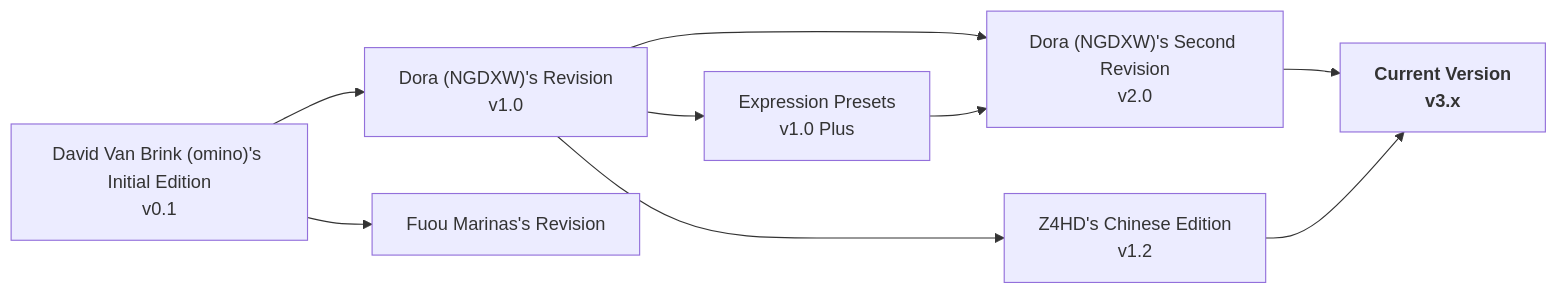
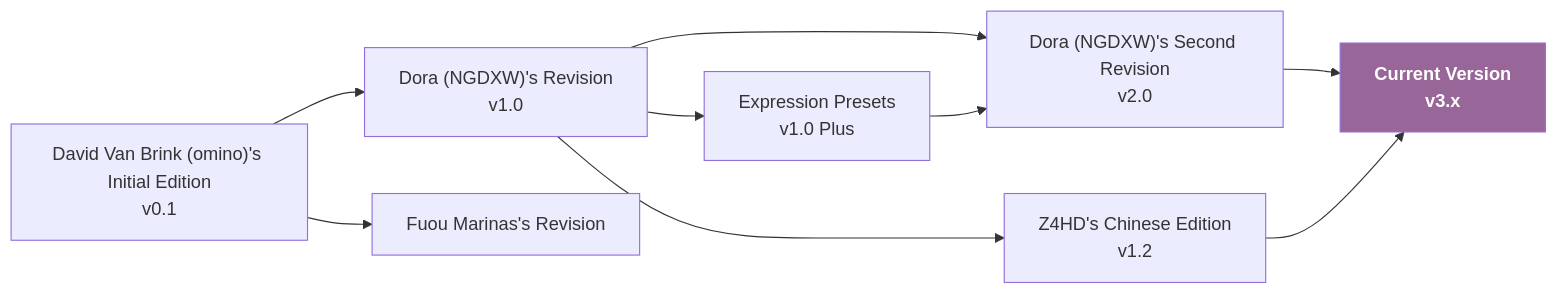
Before and after one commit to otomad/om_midi: the diagram in README.md, drawn with Mermaid. The commit also changed 4 other files, not shown here.

Commit message:
docs: update mermaid style

````diff
--- a/README.md
+++ b/README.md
@@ -85,33 +85,33 @@
 ```mermaid
 flowchart LR
-    %% Definitions
-    DVB-IE["David Van Brink (omino)'s Initial Edition<br>v0.1"]
-    Dora-R["Dora (NGDXW)'s Revision<br>v1.0"]
-    EP["Expression Presets<br>v1.0 Plus"]
-    Z4HD-CE["Z4HD's Chinese Edition<br>v1.2"]
-    Dora-R2["Dora (NGDXW)'s Second Revision<br>v2.0"]
-    CV["Current Version<br>v3.x"]:::current
-    FM-R["Fuou Marinas's Revision"]
+	%% Definitions
+	DVB-IE["David Van Brink (omino)'s Initial Edition<br>v0.1"]
+	Dora-R["Dora (NGDXW)'s Revision<br>v1.0"]
+	EP["Expression Presets<br>v1.0 Plus"]
+	Z4HD-CE["Z4HD's Chinese Edition<br>v1.2"]
+	Dora-R2["Dora (NGDXW)'s Second Revision<br>v2.0"]
+	CV["Current Version<br>v3.x"]:::current
+	FM-R["Fuou Marinas's Revision"]
 
-    %% Connections
-    DVB-IE --> Dora-R
-    Dora-R --> EP
-    Dora-R --> Z4HD-CE
-    Dora-R --> Dora-R2
-    EP --> Dora-R2
-    Dora-R2 --> CV
-    Z4HD-CE --> CV
-    DVB-IE --> FM-R
+	%% Connections
+	DVB-IE --> Dora-R
+	Dora-R --> EP
+	Dora-R --> Z4HD-CE
+	Dora-R --> Dora-R2
+	EP --> Dora-R2
+	Dora-R2 --> CV
+	Z4HD-CE --> CV
+	DVB-IE --> FM-R
 
-    %% Class definitions
-    classDef current font-weight:bold
+	%% Styles
+	style CV font-weight:bold,fill:#969,color:white
 
 	%% Click events
 	click DVB-IE "https://omino.com/pixelblog/2011/12/26/ae-hello-again-midi/"
 	click Dora-R "https://www.bilibili.com/read/cv170398"
 	click EP "https://www.bilibili.com/video/av29649969"
 	click Z4HD-CE "https://github.com/Z4HD/om_midi_NGDXW_zh"
 	click Dora-R2 "https://www.bilibili.com/read/cv1217487"
 	click CV "https://github.com/otomad/om_midi"
 	click FM-R "https://github.com/FuouM/AE-ReOm-MIDI"
 ```
````
